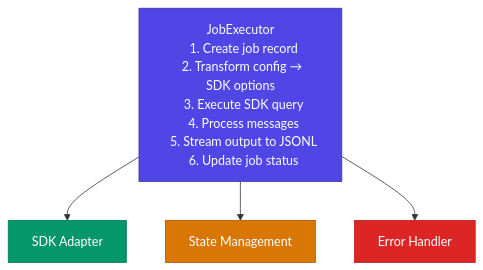
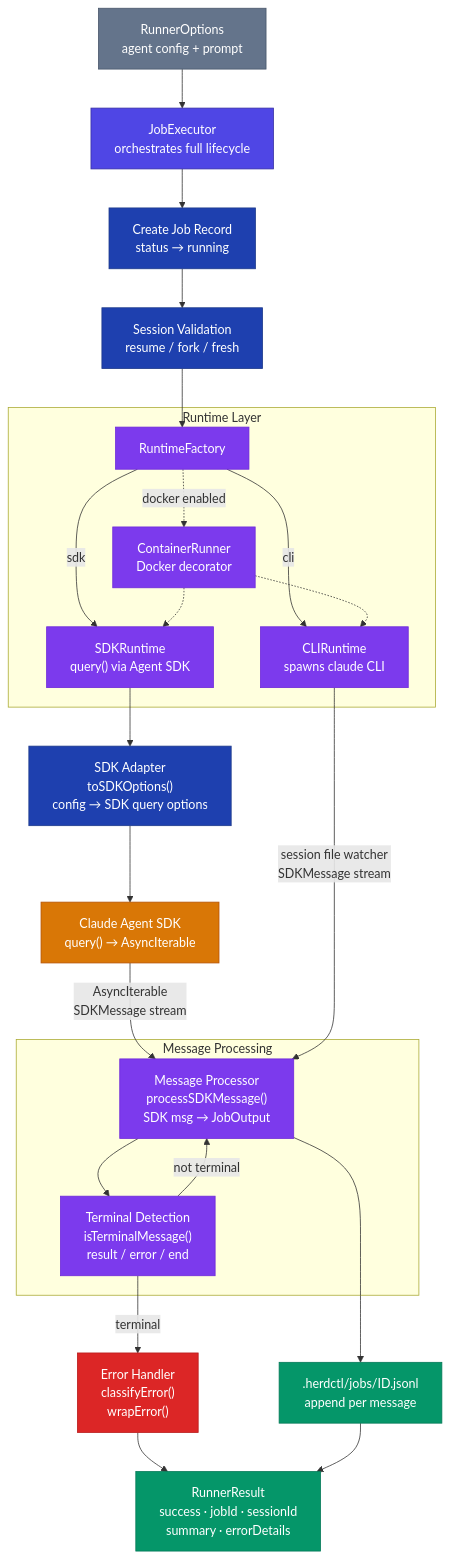
One commit to edspencer/herdctl changed the diagram in docs/src/content/docs/internals/runner.md. Above: the diagram before and after it, drawn with Mermaid. The commit also changed 4 other files, not shown here.

First line of the commit message:
docs: add tier 2+3 diagrams — config merge, chat, state, runner

````diff
--- a/docs/src/content/docs/internals/runner.md
+++ b/docs/src/content/docs/internals/runner.md
@@ -10,19 +10,83 @@
 ```mermaid
 flowchart TD
+  OPT["RunnerOptions
+  agent config + prompt"]
   JE["JobExecutor
-  1. Create job record
-  2. Transform config → SDK options
-  3. Execute SDK query
-  4. Process messages
-  5. Stream output to JSONL
-  6. Update job status"]
+  orchestrates full lifecycle"]
+  JOB["Create Job Record
+  status → running"]
+  SESS["Session Validation
+  resume / fork / fresh"]
 
-  JE --> SDK["SDK Adapter"]
-  JE --> SM["State Management"]
-  JE --> EH["Error Handler"]
+  subgraph runtime ["Runtime Layer"]
+    RF["RuntimeFactory"]
+    SDK_RT["SDKRuntime
+    query() via Agent SDK"]
+    CLI_RT["CLIRuntime
+    spawns claude CLI"]
+    DOCKER["ContainerRunner
+    Docker decorator"]
+  end
 
+  ADAPT["SDK Adapter
+  toSDKOptions()
+  config → SDK query options"]
+  CLAUDE["Claude Agent SDK
+  query() → AsyncIterable"]
+
+  subgraph processing ["Message Processing"]
+    MP["Message Processor
+    processSDKMessage()
+    SDK msg → JobOutput"]
+    TERM["Terminal Detection
+    isTerminalMessage()
+    result / error / end"]
+  end
+
+  JSONL[".herdctl/jobs/ID.jsonl
+  append per message"]
+  ERR["Error Handler
+  classifyError()
+  wrapError()"]
+  RESULT["RunnerResult
+  success · jobId · sessionId
+  summary · errorDetails"]
+
+  OPT --> JE
+  JE --> JOB
+  JOB --> SESS
+  SESS --> RF
+  RF -->|sdk| SDK_RT
+  RF -->|cli| CLI_RT
+  RF -.->|docker enabled| DOCKER
+  DOCKER -.-> SDK_RT
+  DOCKER -.-> CLI_RT
+  SDK_RT --> ADAPT
+  ADAPT --> CLAUDE
+  CLAUDE -->|"AsyncIterable
+  SDKMessage stream"| MP
+  CLI_RT -->|"session file watcher
+  SDKMessage stream"| MP
+  MP --> JSONL
+  MP --> TERM
+  TERM -->|not terminal| MP
+  TERM -->|terminal| ERR
+  ERR --> RESULT
+  JSONL --> RESULT
+
+  style OPT fill:#64748b,color:#fff,stroke:#475569
   style JE fill:#4f46e5,color:#fff,stroke:#3730a3
-  style SDK fill:#059669,color:#fff,stroke:#047857
-  style SM fill:#d97706,color:#fff,stroke:#b45309
-  style EH fill:#dc2626,color:#fff,stroke:#b91c1c
+  style JOB fill:#1e40af,color:#fff,stroke:#1e3a8a
+  style SESS fill:#1e40af,color:#fff,stroke:#1e3a8a
+  style RF fill:#7c3aed,color:#fff,stroke:#6d28d9
+  style SDK_RT fill:#7c3aed,color:#fff,stroke:#6d28d9
+  style CLI_RT fill:#7c3aed,color:#fff,stroke:#6d28d9
+  style DOCKER fill:#7c3aed,color:#fff,stroke:#6d28d9
+  style ADAPT fill:#1e40af,color:#fff,stroke:#1e3a8a
+  style CLAUDE fill:#d97706,color:#fff,stroke:#b45309
+  style MP fill:#7c3aed,color:#fff,stroke:#6d28d9
+  style TERM fill:#7c3aed,color:#fff,stroke:#6d28d9
+  style JSONL fill:#059669,color:#fff,stroke:#047857
+  style ERR fill:#dc2626,color:#fff,stroke:#b91c1c
+  style RESULT fill:#059669,color:#fff,stroke:#047857
 ```
````
